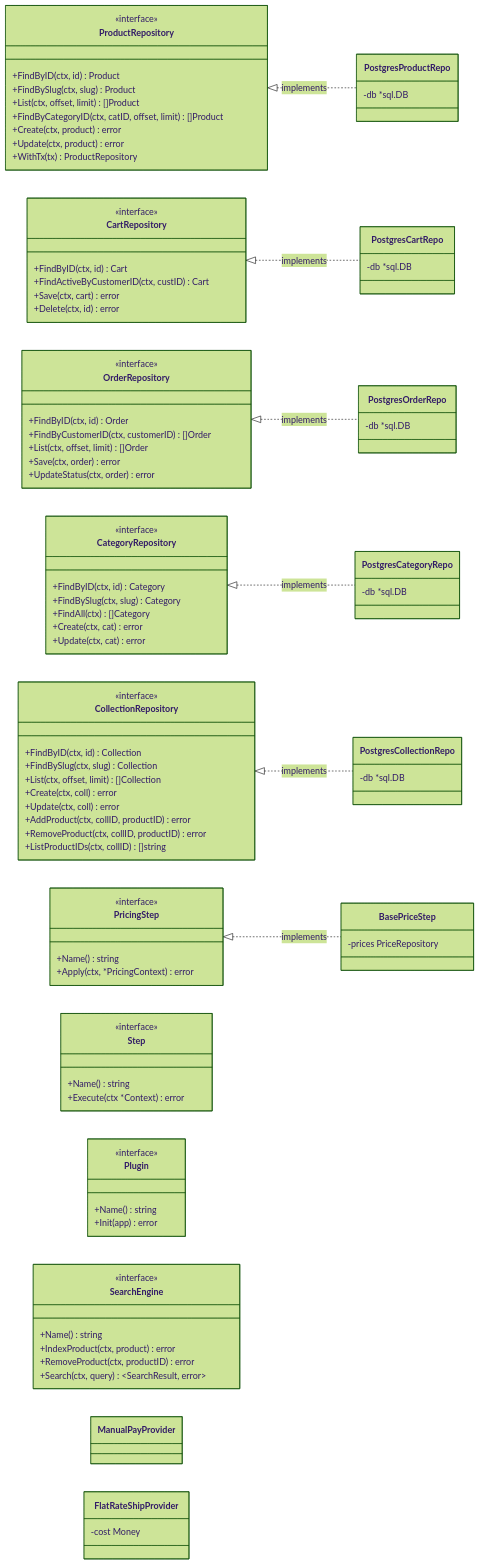
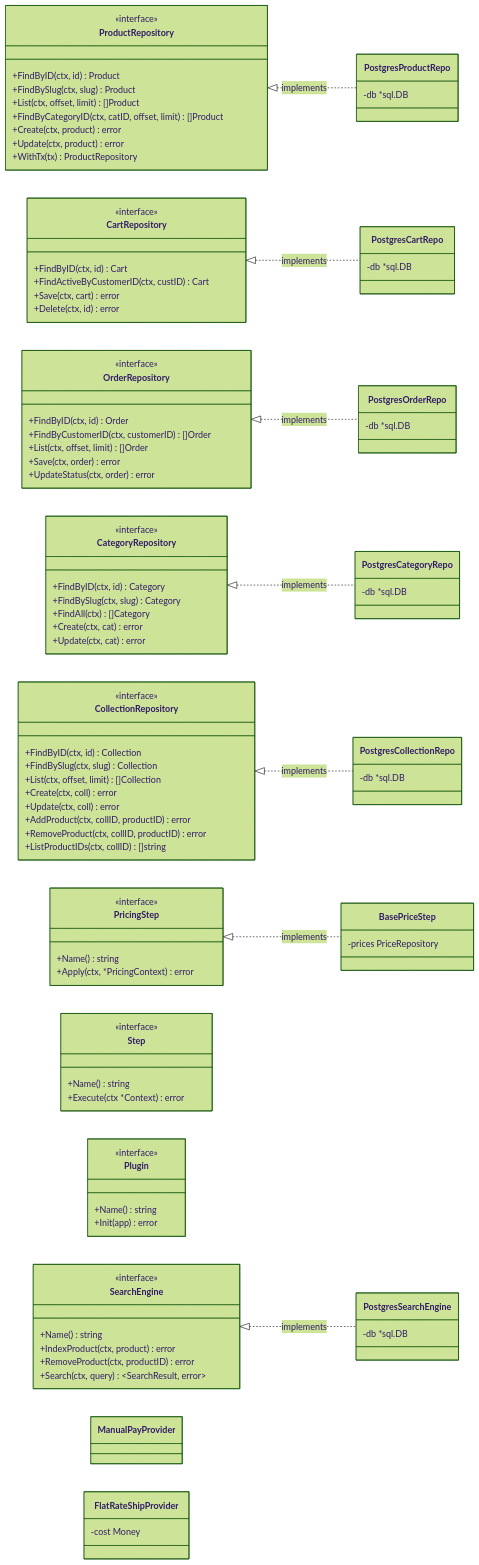
Before and after one commit to akarso/shopanda: the second of 2 diagrams in docs/diagrams/c4-code.md, drawn with Mermaid (forest theme). The commit also changed 9 other files, not shown here.

Commit message:
PR-054 — Postgres Search Implementation

````diff
--- a/docs/diagrams/c4-code.md
+++ b/docs/diagrams/c4-code.md
@@ -287,11 +287,15 @@
     class BasePriceStep {
         -prices PriceRepository
     }
+    class PostgresSearchEngine {
+        -db *sql.DB
+    }
 
     ProductRepository <|.. PostgresProductRepo : implements
     CartRepository <|.. PostgresCartRepo : implements
     OrderRepository <|.. PostgresOrderRepo : implements
     CategoryRepository <|.. PostgresCategoryRepo : implements
     CollectionRepository <|.. PostgresCollectionRepo : implements
+    SearchEngine <|.. PostgresSearchEngine : implements
     PricingStep <|.. BasePriceStep : implements
 ```
````
